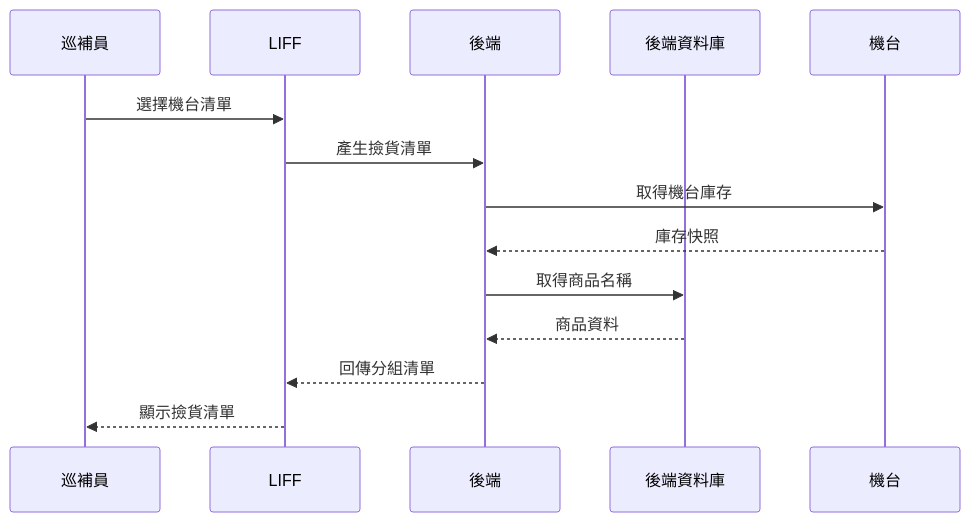
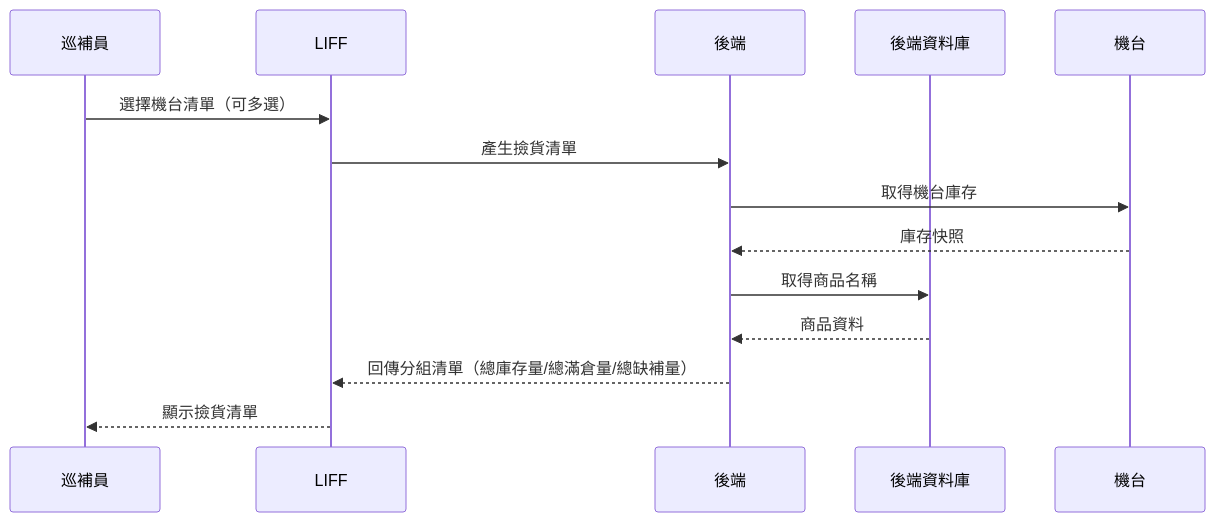
The diagram in docs/flows/replenisher-picklist.mmd (mozohu/zgovend), drawn with Mermaid before and after one commit. The commit also changed 15 other files, not shown here.

```diff
--- a/docs/flows/replenisher-picklist.mmd
+++ b/docs/flows/replenisher-picklist.mmd
@@ -1,15 +1,15 @@
 sequenceDiagram
   participant R as 巡補員
   participant L as LIFF
   participant B as 後端
   participant D as 後端資料庫
   participant M as 機台
 
-  R->>L: 選擇機台清單
+  R->>L: 選擇機台清單（可多選）
   L->>B: 產生撿貨清單
   B->>M: 取得機台庫存
   M-->>B: 庫存快照
   B->>D: 取得商品名稱
   D-->>B: 商品資料
-  B-->>L: 回傳分組清單
+  B-->>L: 回傳分組清單（總庫存量/總滿倉量/總缺補量）
   L-->>R: 顯示撿貨清單
```
